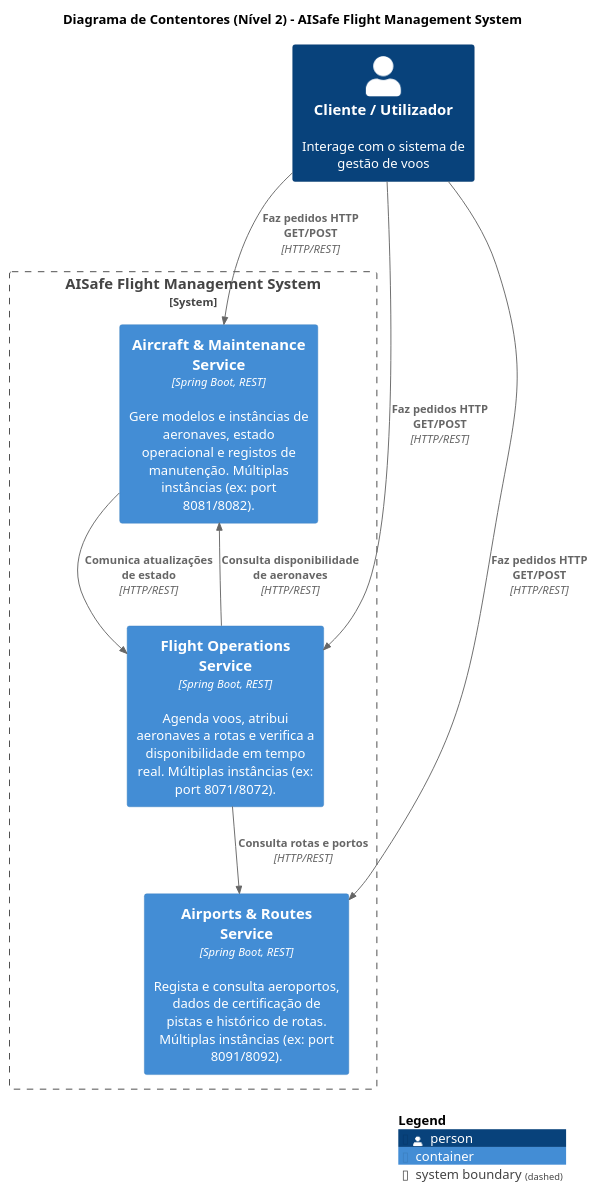
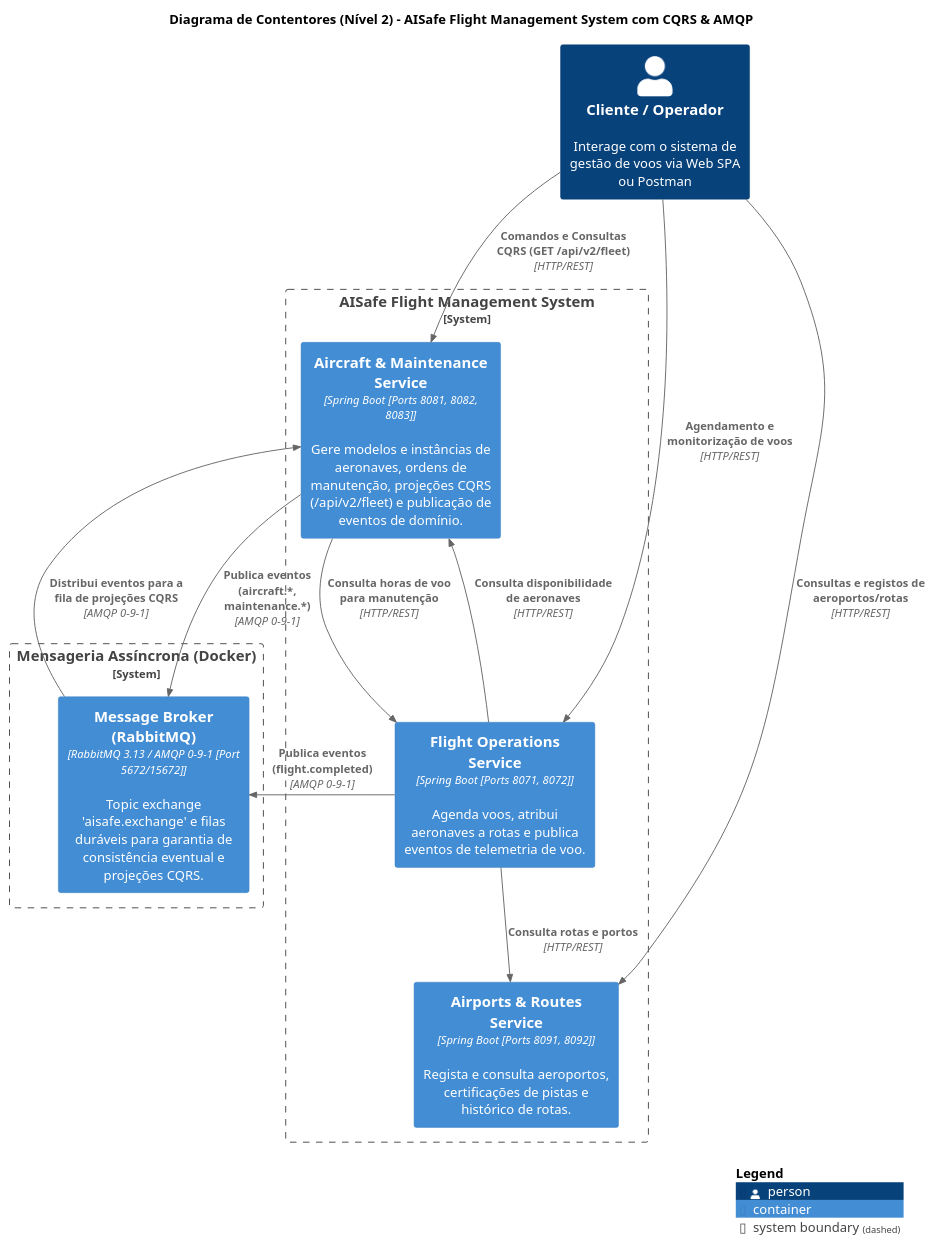
One commit to pedroguilherme-web/SISDIS_5_2DB changed the diagram in docs/system-documentation/global-artifacts/puml/C4.puml. Above: the diagram before and after it, drawn with PlantUML. The commit also changed 20 other files, not shown here.

Commit message:
refactor(cqrs): replace mock projection with professional fleet readiness read model (/api/v2/fleet)

```diff
--- a/docs/system-documentation/global-artifacts/puml/C4.puml
+++ b/docs/system-documentation/global-artifacts/puml/C4.puml
@@ -1,26 +1,34 @@
 @startuml
 !include https://raw.githubusercontent.com/plantuml-stdlib/C4-PlantUML/master/C4_Container.puml
 
-title Diagrama de Contentores (Nível 2) - AISafe Flight Management System
+title Diagrama de Contentores (Nível 2) - AISafe Flight Management System com CQRS & AMQP
 
-Person(client, "Cliente / Utilizador", "Interage com o sistema de gestão de voos")
+Person(client, "Cliente / Operador", "Interage com o sistema de gestão de voos via Web SPA ou Postman")
+
+System_Boundary(broker_boundary, "Mensageria Assíncrona (Docker)") {
+    Container(rabbitmq, "Message Broker (RabbitMQ)", "RabbitMQ 3.13 / AMQP 0-9-1 [Port 5672/15672]", "Topic exchange 'aisafe.exchange' e filas duráveis para garantia de consistência eventual e projeções CQRS.")
+}
 
 System_Boundary(aisafe_system, "AISafe Flight Management System") {
 
-    Container(aircraft_service, "Aircraft & Maintenance Service", "Spring Boot, REST", "Gere modelos e instâncias de aeronaves, estado operacional e registos de manutenção. Múltiplas instâncias (ex: port 8081/8082).")
+    Container(aircraft_service, "Aircraft & Maintenance Service", "Spring Boot [Ports 8081, 8082, 8083]", "Gere modelos e instâncias de aeronaves, ordens de manutenção, projeções CQRS (/api/v2/fleet) e publicação de eventos de domínio.")
 
-    Container(airports_service, "Airports & Routes Service", "Spring Boot, REST", "Regista e consulta aeroportos, dados de certificação de pistas e histórico de rotas. Múltiplas instâncias (ex: port 8091/8092).")
+    Container(airports_service, "Airports & Routes Service", "Spring Boot [Ports 8091, 8092]", "Regista e consulta aeroportos, certificações de pistas e histórico de rotas.")
 
-    Container(flight_ops_service, "Flight Operations Service", "Spring Boot, REST", "Agenda voos, atribui aeronaves a rotas e verifica a disponibilidade em tempo real. Múltiplas instâncias (ex: port 8071/8072).")
+    Container(flight_ops_service, "Flight Operations Service", "Spring Boot [Ports 8071, 8072]", "Agenda voos, atribui aeronaves a rotas e publica eventos de telemetria de voo.")
 }
 
-Rel(client, aircraft_service, "Faz pedidos HTTP GET/POST", "HTTP/REST")
-Rel(client, airports_service, "Faz pedidos HTTP GET/POST", "HTTP/REST")
-Rel(client, flight_ops_service, "Faz pedidos HTTP GET/POST", "HTTP/REST")
+Rel(client, aircraft_service, "Comandos e Consultas CQRS (GET /api/v2/fleet)", "HTTP/REST")
+Rel(client, airports_service, "Consultas e registos de aeroportos/rotas", "HTTP/REST")
+Rel(client, flight_ops_service, "Agendamento e monitorização de voos", "HTTP/REST")
 
 Rel(flight_ops_service, aircraft_service, "Consulta disponibilidade de aeronaves", "HTTP/REST")
 Rel(flight_ops_service, airports_service, "Consulta rotas e portos", "HTTP/REST")
-Rel(aircraft_service, flight_ops_service, "Comunica atualizações de estado", "HTTP/REST")
+Rel(aircraft_service, flight_ops_service, "Consulta horas de voo para manutenção", "HTTP/REST")
+
+Rel(aircraft_service, rabbitmq, "Publica eventos (aircraft.*, maintenance.*)", "AMQP 0-9-1")
+Rel(flight_ops_service, rabbitmq, "Publica eventos (flight.completed)", "AMQP 0-9-1")
+Rel(rabbitmq, aircraft_service, "Distribui eventos para a fila de projeções CQRS", "AMQP 0-9-1")
 
 SHOW_LEGEND()
 @enduml
```
